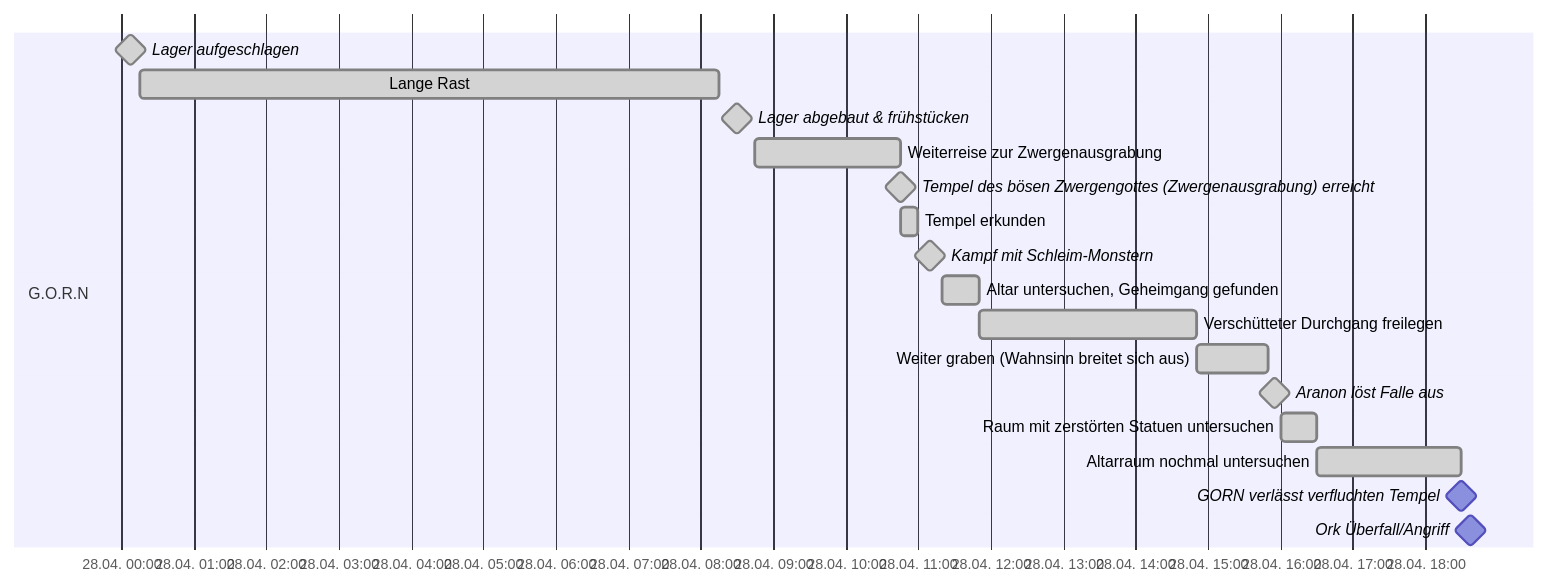
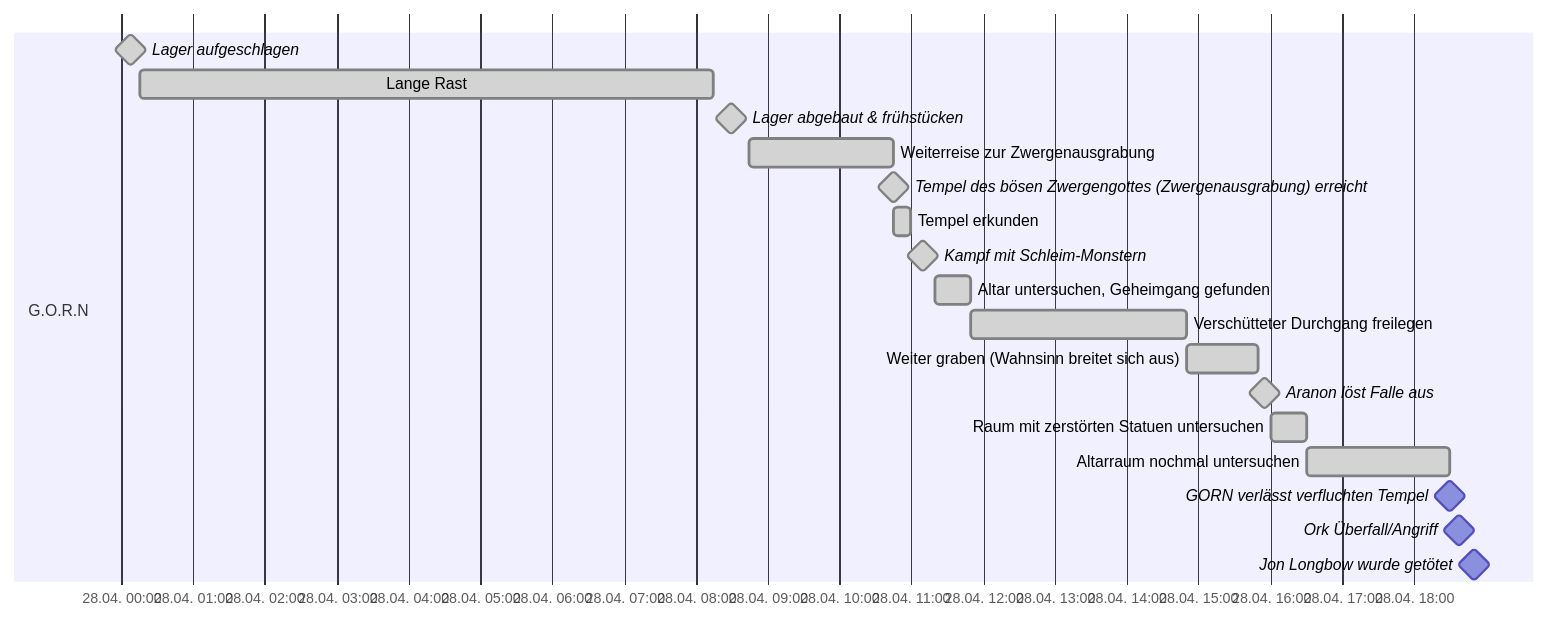
Before and after one commit to LorenJaffrey/DnD_PFT: the fifth of 13 diagrams in Kampagne/Timeline Kampagne 2.md, drawn with Mermaid. The commit also changed 15 other files, not shown here.

````diff
--- a/Kampagne/Timeline Kampagne 2.md
+++ b/Kampagne/Timeline Kampagne 2.md
@@ -72,23 +72,24 @@
 ```mermaid
 gantt
 	dateFormat HH:mm
 	axisFormat %e.%m. %H:%M
 	tickinterval 1hour
 	weekday sunday
 	section G.O.R.N
 		Lager aufgeschlagen: done, milestone, a1, 2024-04-28 00:00, 15m
 		Lange Rast: done, a2, after a1, 8h
 		Lager abgebaut & frühstücken: done, milestone, a3, after a2, 30m
 		Weiterreise zur Zwergenausgrabung: done, a4, after a3, 2h
 		Tempel des bösen Zwergengottes (Zwergenausgrabung) erreicht: done, milestone, a5, after a4, 0m
 		Tempel erkunden: done, a6, after a5, 15m
 		Kampf mit Schleim-Monstern: done, milestone, a7, after a6, 20m
 		Altar untersuchen, Geheimgang gefunden: done, a8, after a7, 30m
 		Verschütteter Durchgang freilegen: done, a9, after a8, 3h
 		Weiter graben (Wahnsinn breitet sich aus): done, a10, after a9, 1h
 		Aranon löst Falle aus: done, milestone, a11, after a10, 10m
 		Raum mit zerstörten Statuen untersuchen: done, a12, after a11, 30m
 		Altarraum nochmal untersuchen: done, a13, after a12, 2h
 		GORN verlässt verfluchten Tempel: milestone, a14, after a13, 0m
 		Ork Überfall/Angriff: milestone, a15, after a14, 15m		
+		Jon Longbow wurde getötet: milestone, a16, after a15, 10m
 ```
````
